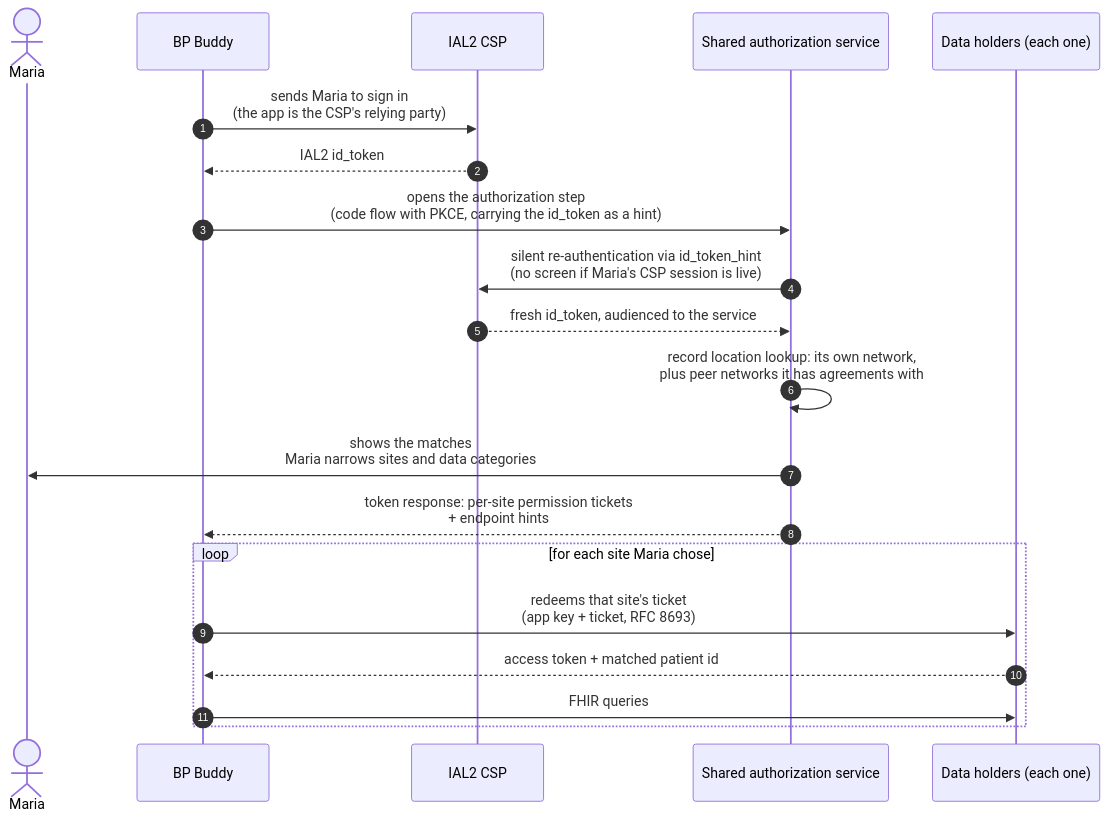
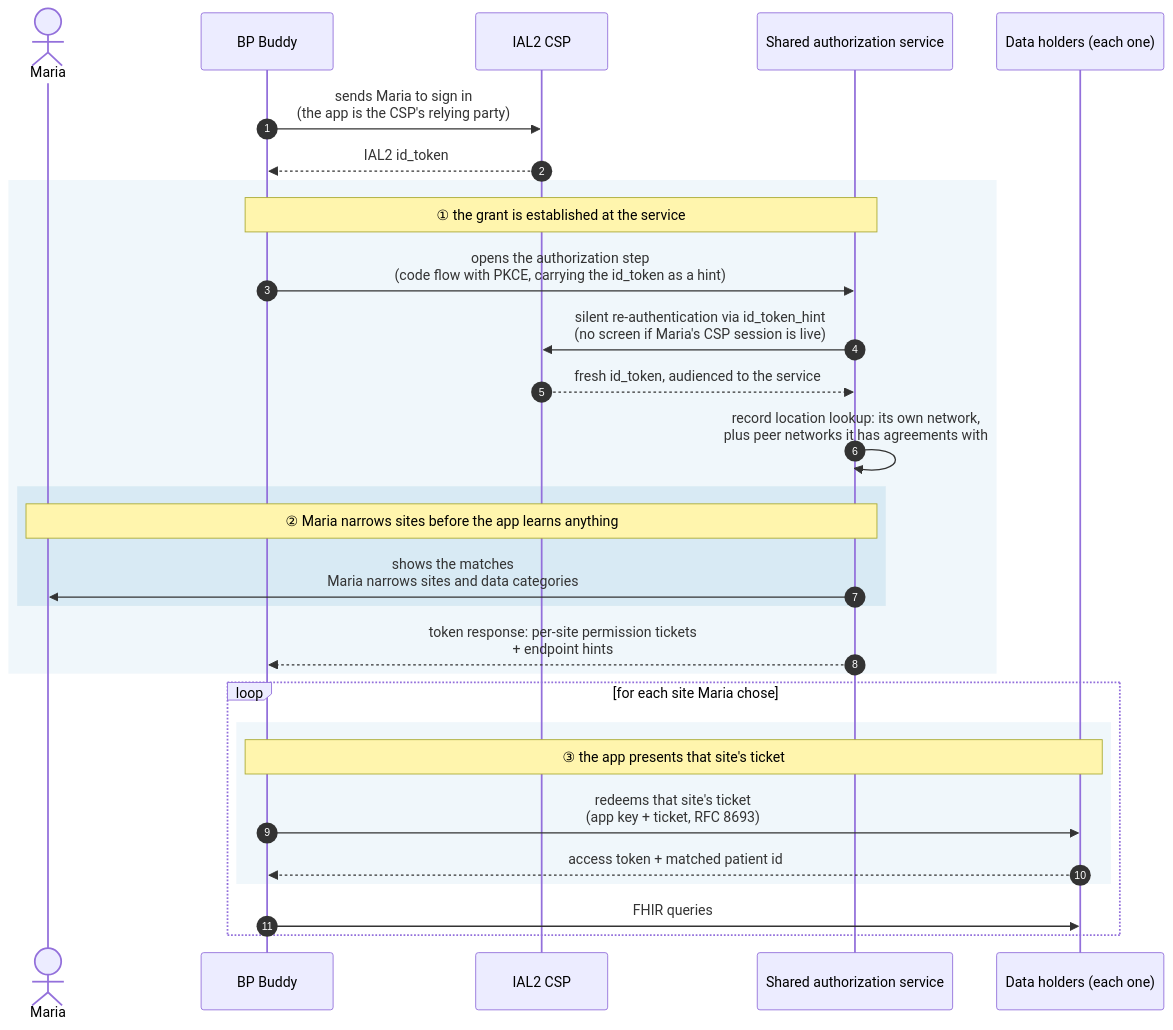
Before and after one commit to jmandel/cms-ns: the fourth of 7 diagrams in authorizing-access.md, drawn with Mermaid. The commit also changed other lines of this file, not shown here.

Commit message:
Choice points banded onto the sequence diagram with numbered labels

````diff
--- a/authorizing-access.md
+++ b/authorizing-access.md
@@ -119,23 +119,32 @@
 ```mermaid
 sequenceDiagram
     autonumber
     actor Maria
     participant App as BP Buddy
     participant CSP as IAL2 CSP
     participant SAS as Shared authorization service
     participant DH as Data holders (each one)
 
     App->>CSP: sends Maria to sign in<br/>(the app is the CSP's relying party)
     CSP-->>App: IAL2 id_token
-    App->>SAS: opens the authorization step<br/>(code flow with PKCE, carrying the id_token as a hint)
-    SAS->>CSP: silent re-authentication via id_token_hint<br/>(no screen if Maria's CSP session is live)
-    CSP-->>SAS: fresh id_token, audienced to the service
-    SAS->>SAS: record location lookup: its own network,<br/>plus peer networks it has agreements with
-    SAS->>Maria: shows the matches<br/>Maria narrows sites and data categories
-    SAS-->>App: token response: per-site permission tickets<br/>+ endpoint hints
+    rect rgba(0, 114, 178, 0.06)
+        Note over App,SAS: ① the grant is established at the service
+        App->>SAS: opens the authorization step<br/>(code flow with PKCE, carrying the id_token as a hint)
+        SAS->>CSP: silent re-authentication via id_token_hint<br/>(no screen if Maria's CSP session is live)
+        CSP-->>SAS: fresh id_token, audienced to the service
+        SAS->>SAS: record location lookup: its own network,<br/>plus peer networks it has agreements with
+        rect rgba(0, 114, 178, 0.10)
+            Note over Maria,SAS: ② Maria narrows sites before the app learns anything
+            SAS->>Maria: shows the matches<br/>Maria narrows sites and data categories
+        end
+        SAS-->>App: token response: per-site permission tickets<br/>+ endpoint hints
+    end
     loop for each site Maria chose
-        App->>DH: redeems that site's ticket<br/>(app key + ticket, RFC 8693)
-        DH-->>App: access token + matched patient id
+        rect rgba(0, 114, 178, 0.06)
+            Note over App,DH: ③ the app presents that site's ticket
+            App->>DH: redeems that site's ticket<br/>(app key + ticket, RFC 8693)
+            DH-->>App: access token + matched patient id
+        end
         App->>DH: FHIR queries
     end
 ```
````
